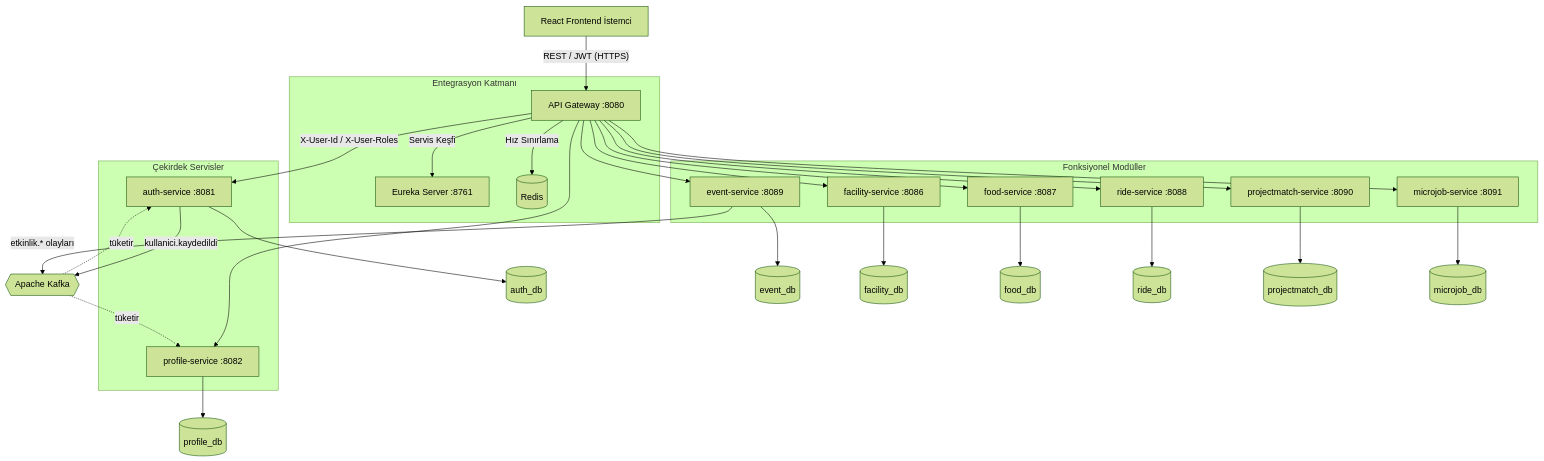
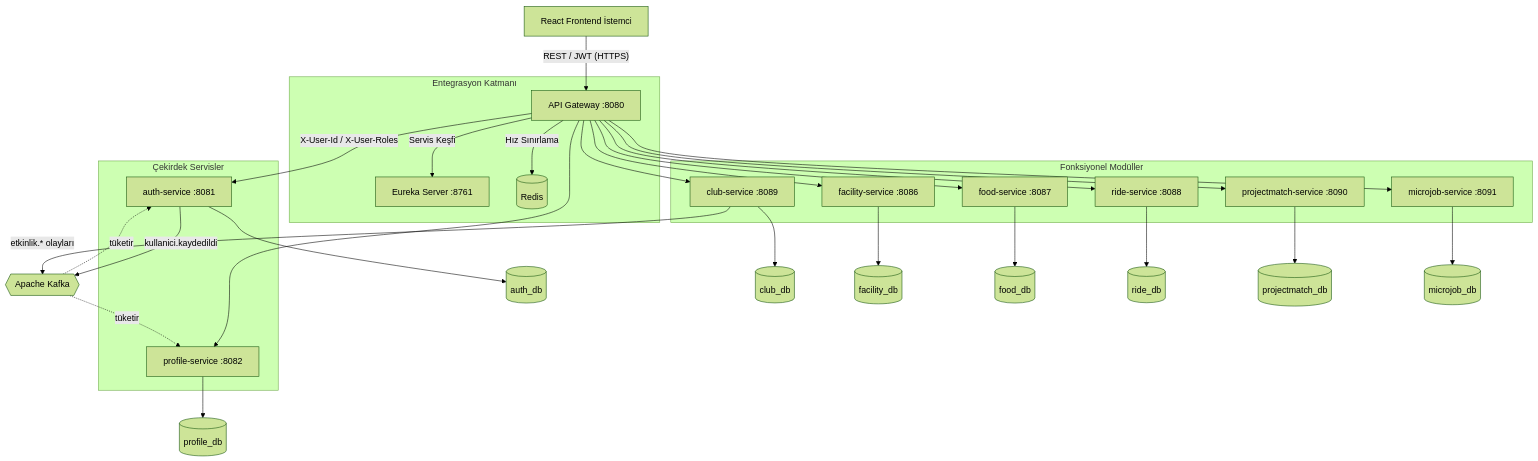
Before and after one commit to tolguner/IsikCampusOS: the diagram in docs/tez/build/diagrams/sekil_3_1.mmd, drawn with Mermaid (forest theme). The commit also changed 163 other files, not shown here.

First line of the commit message:
event-service -> club-service tam yeniden adlandırma (kulüp-merkezli)

```diff
--- a/docs/tez/build/diagrams/sekil_3_1.mmd
+++ b/docs/tez/build/diagrams/sekil_3_1.mmd
@@ -1,35 +1,35 @@
 flowchart TD
     Client["React Frontend İstemci"] -->|"REST / JWT (HTTPS)"| Gateway["API Gateway :8080"]
 
     subgraph Kesif["Entegrasyon Katmanı"]
         Gateway -->|"Servis Keşfi"| Eureka["Eureka Server :8761"]
         Gateway -->|"Hız Sınırlama"| Redis[("Redis")]
     end
 
     subgraph Cekirdek["Çekirdek Servisler"]
         Gateway -->|"X-User-Id / X-User-Roles"| Auth["auth-service :8081"]
         Gateway --> Profile["profile-service :8082"]
     end
 
     subgraph Domain["Fonksiyonel Modüller"]
-        Gateway --> Event["event-service :8089"]
+        Gateway --> Event["club-service :8089"]
         Gateway --> Facility["facility-service :8086"]
         Gateway --> Food["food-service :8087"]
         Gateway --> Ride["ride-service :8088"]
         Gateway --> ProjMatch["projectmatch-service :8090"]
         Gateway --> MicroJob["microjob-service :8091"]
     end
 
     Auth -->|"kullanici.kaydedildi"| Kafka{{"Apache Kafka"}}
     Kafka -.->|"tüketir"| Profile
     Event -->|"etkinlik.* olayları"| Kafka
     Kafka -.->|"tüketir"| Auth
 
     Auth --> AuthDB[("auth_db")]
     Profile --> ProfDB[("profile_db")]
-    Event --> EventDB[("event_db")]
+    Event --> EventDB[("club_db")]
     Facility --> FacDB[("facility_db")]
     Food --> FoodDB[("food_db")]
     Ride --> RideDB[("ride_db")]
     ProjMatch --> PMDB[("projectmatch_db")]
     MicroJob --> MJDB[("microjob_db")]
```
